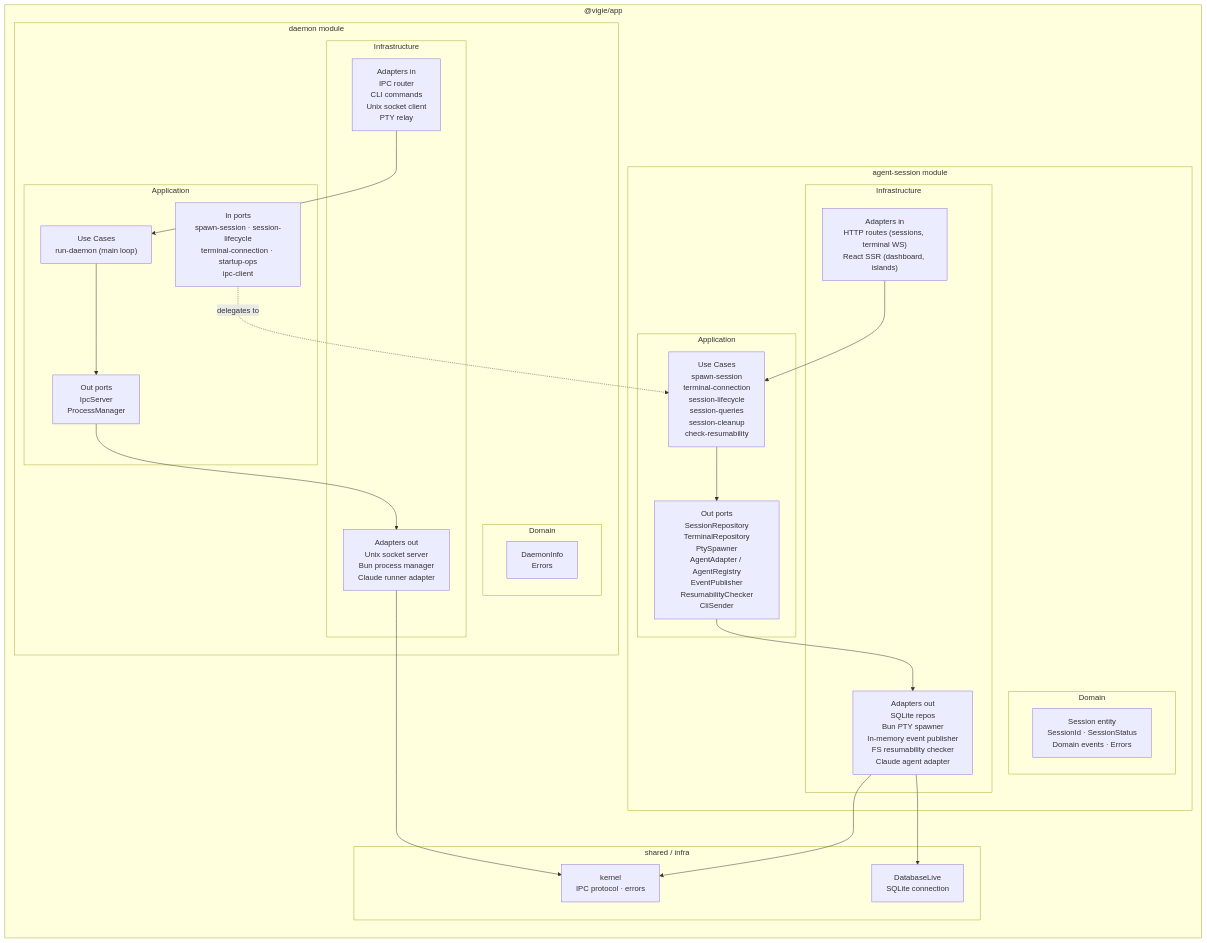
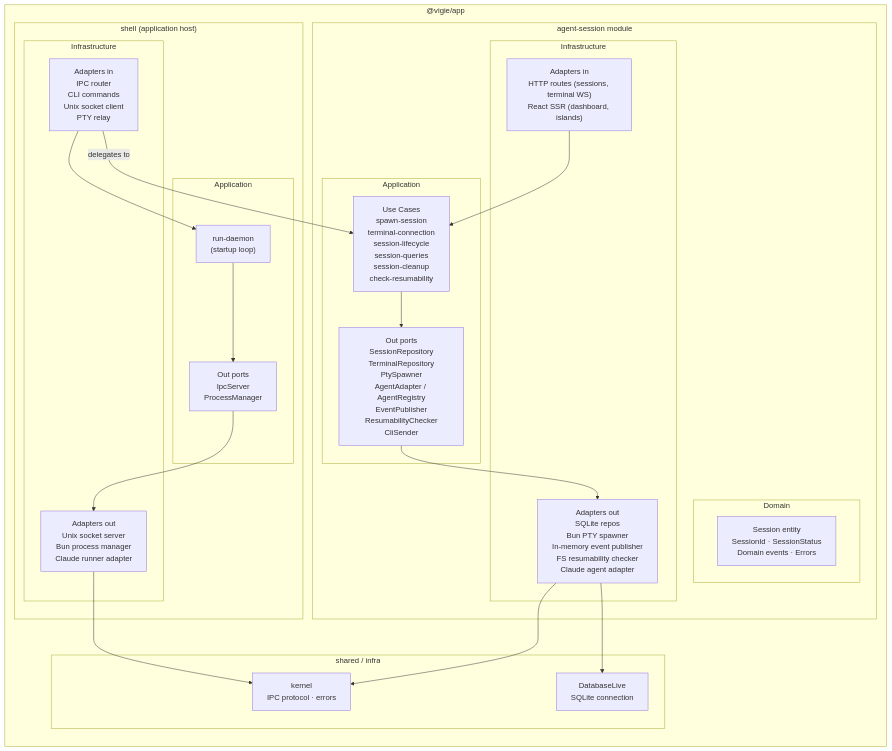
The first of 3 diagrams in docs/architecture/modules.md (get-tmonier/vigie), drawn with Mermaid before and after one commit. The commit also changed other lines of this file and 1 other file, not shown here.

Commit message:
docs(architecture): update module map and overview for daemon → shell demotion

````diff
--- a/docs/architecture/modules.md
+++ b/docs/architecture/modules.md
@@ -7,49 +7,45 @@
 ```mermaid
 graph LR
     subgraph app["@vigie/app"]
         subgraph agent_session["agent-session module"]
             subgraph as_domain["Domain"]
                 AS_E["Session entity<br/>SessionId · SessionStatus<br/>Domain events · Errors"]
             end
             subgraph as_app["Application"]
                 AS_UC["Use Cases<br/>spawn-session<br/>terminal-connection<br/>session-lifecycle<br/>session-queries<br/>session-cleanup<br/>check-resumability"]
                 AS_PORT_OUT["Out ports<br/>SessionRepository<br/>TerminalRepository<br/>PtySpawner<br/>AgentAdapter / AgentRegistry<br/>EventPublisher<br/>ResumabilityChecker<br/>CliSender"]
             end
             subgraph as_infra["Infrastructure"]
                 AS_IN["Adapters in<br/>HTTP routes (sessions, terminal WS)<br/>React SSR (dashboard, islands)"]
                 AS_OUT["Adapters out<br/>SQLite repos<br/>Bun PTY spawner<br/>In-memory event publisher<br/>FS resumability checker<br/>Claude agent adapter"]
             end
         end
 
-        subgraph daemon_mod["daemon module"]
-            subgraph d_domain["Domain"]
-                D_E["DaemonInfo<br/>Errors"]
+        subgraph shell_mod["shell (application host)"]
+            subgraph s_app["Application"]
+                S_UC["run-daemon<br/>(startup loop)"]
+                S_PORT_OUT["Out ports<br/>IpcServer<br/>ProcessManager"]
             end
-            subgraph d_app["Application"]
-                D_UC["Use Cases<br/>run-daemon (main loop)"]
-                D_PORT_IN["In ports<br/>spawn-session · session-lifecycle<br/>terminal-connection · startup-ops<br/>ipc-client"]
-                D_PORT_OUT["Out ports<br/>IpcServer<br/>ProcessManager"]
-            end
-            subgraph d_infra["Infrastructure"]
-                D_IN["Adapters in<br/>IPC router<br/>CLI commands<br/>Unix socket client<br/>PTY relay"]
-                D_OUT["Adapters out<br/>Unix socket server<br/>Bun process manager<br/>Claude runner adapter"]
+            subgraph s_infra["Infrastructure"]
+                S_IN["Adapters in<br/>IPC router<br/>CLI commands<br/>Unix socket client<br/>PTY relay"]
+                S_OUT["Adapters out<br/>Unix socket server<br/>Bun process manager<br/>Claude runner adapter"]
             end
         end
 
         subgraph shared["shared / infra"]
             KERNEL["kernel<br/>IPC protocol · errors"]
             DB["DatabaseLive<br/>SQLite connection"]
         end
     end
 
     AS_PORT_OUT --> AS_OUT
     AS_IN --> AS_UC
     AS_UC --> AS_PORT_OUT
-    D_PORT_IN -.->|"delegates to"| AS_UC
-    D_IN --> D_UC
-    D_UC --> D_PORT_OUT
-    D_PORT_OUT --> D_OUT
+    S_IN -->|"delegates to"| AS_UC
+    S_IN --> S_UC
+    S_UC --> S_PORT_OUT
+    S_PORT_OUT --> S_OUT
     AS_OUT --> DB
-    D_OUT --> KERNEL
+    S_OUT --> KERNEL
     AS_OUT --> KERNEL
 ```
````
